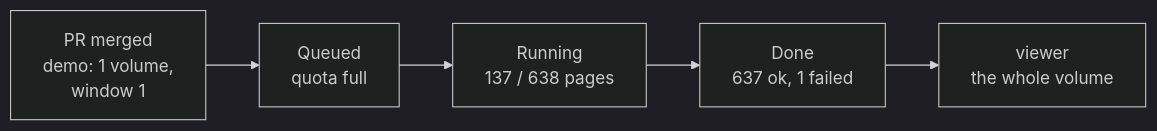
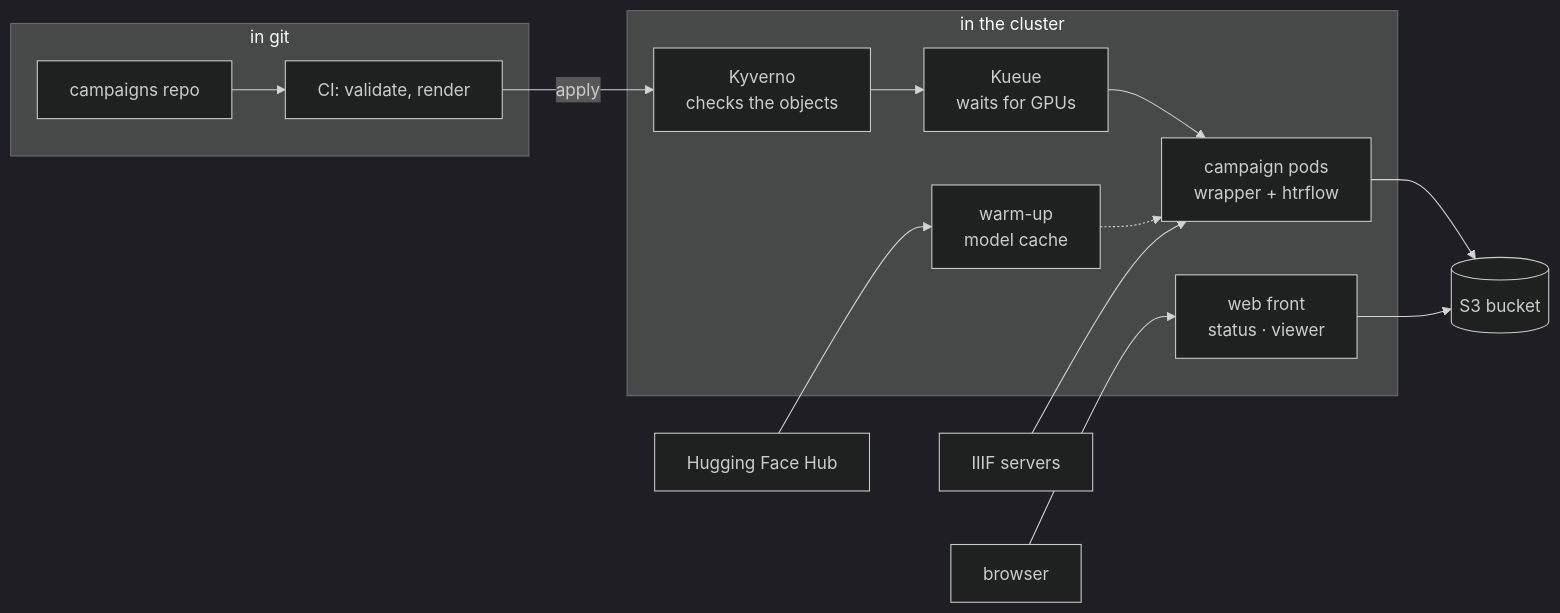
One commit to AI-Riksarkivet/htrflow-batch changed the diagram in docs/slides/assets/part-1-from-one-folder-to-the-archive-8.mmd. Above: the diagram before and after it, drawn with Mermaid (dark theme). The commit also changed 4 other files, not shown here.

First line of the commit message:
docs(slides): draw the whole picture as a Mermaid diagram

```diff
--- a/docs/slides/assets/part-1-from-one-folder-to-the-archive-8.mmd
+++ b/docs/slides/assets/part-1-from-one-folder-to-the-archive-8.mmd
@@ -1,7 +1,19 @@
 flowchart LR
-  A["PR merged<br/>demo: 1 volume,<br/>window 1"]
-  Bq["Queued<br/>quota full"]
-  C["Running<br/>137 / 638 pages"]
-  D["Done<br/>637 ok, 1 failed"]
-  E["viewer<br/>the whole volume"]
-  A --> Bq --> C --> D --> E
+  subgraph GIT["in git"]
+    REPO["campaigns repo"] --> CI["CI: validate, render"]
+  end
+  IIIF["IIIF servers"]
+  HUB["Hugging Face Hub"]
+  YOU["browser"]
+  subgraph K8S["in the cluster"]
+    KYV["Kyverno<br/>checks the objects"] --> KUE["Kueue<br/>waits for GPUs"] --> JOB["campaign pods<br/>wrapper + htrflow"]
+    WARM["warm-up<br/>model cache"] -.-> JOB
+    WEB["web front<br/>status · viewer"]
+  end
+  S3[("S3 bucket")]
+  CI -->|"apply"| KYV
+  IIIF --> JOB
+  HUB --> WARM
+  YOU --> WEB
+  JOB --> S3
+  WEB --> S3
```
